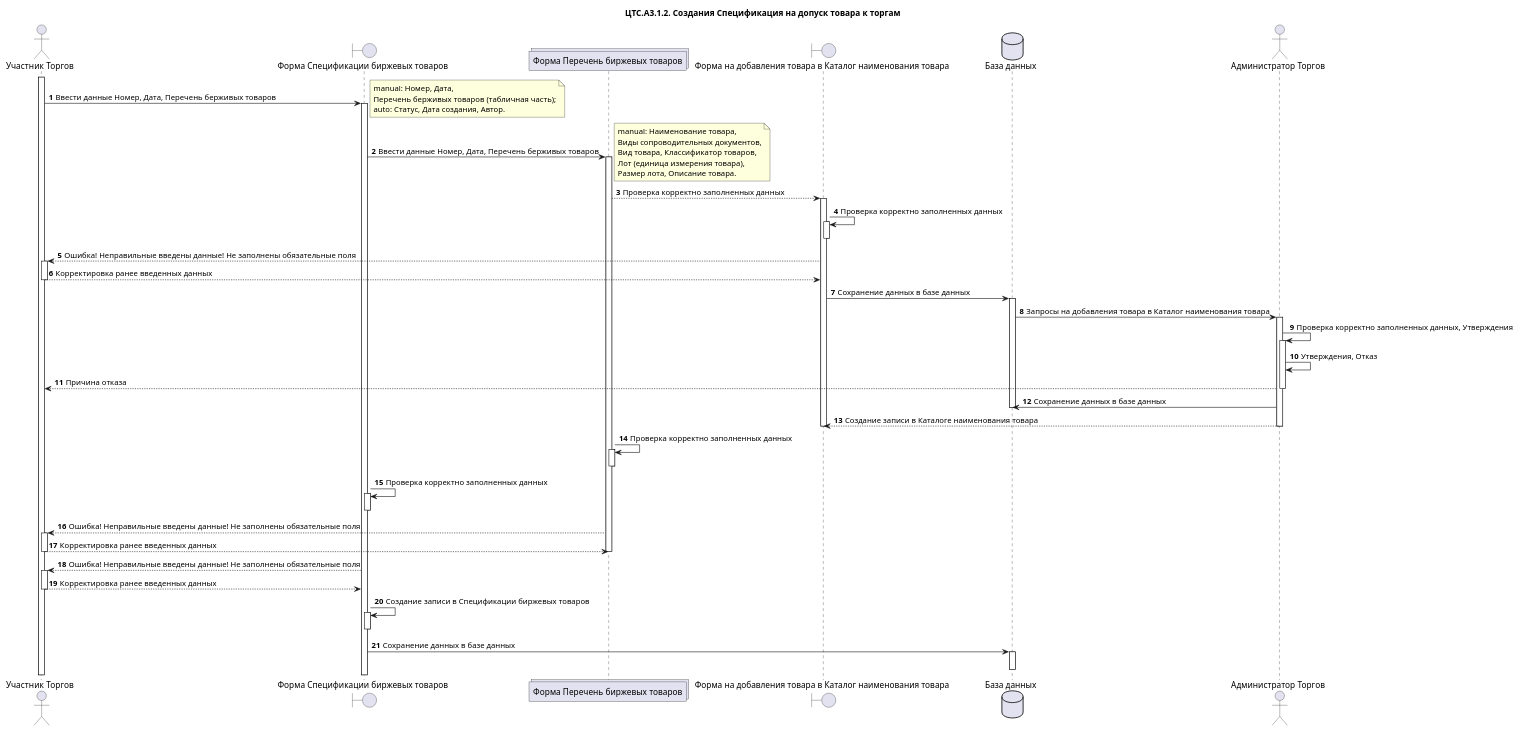
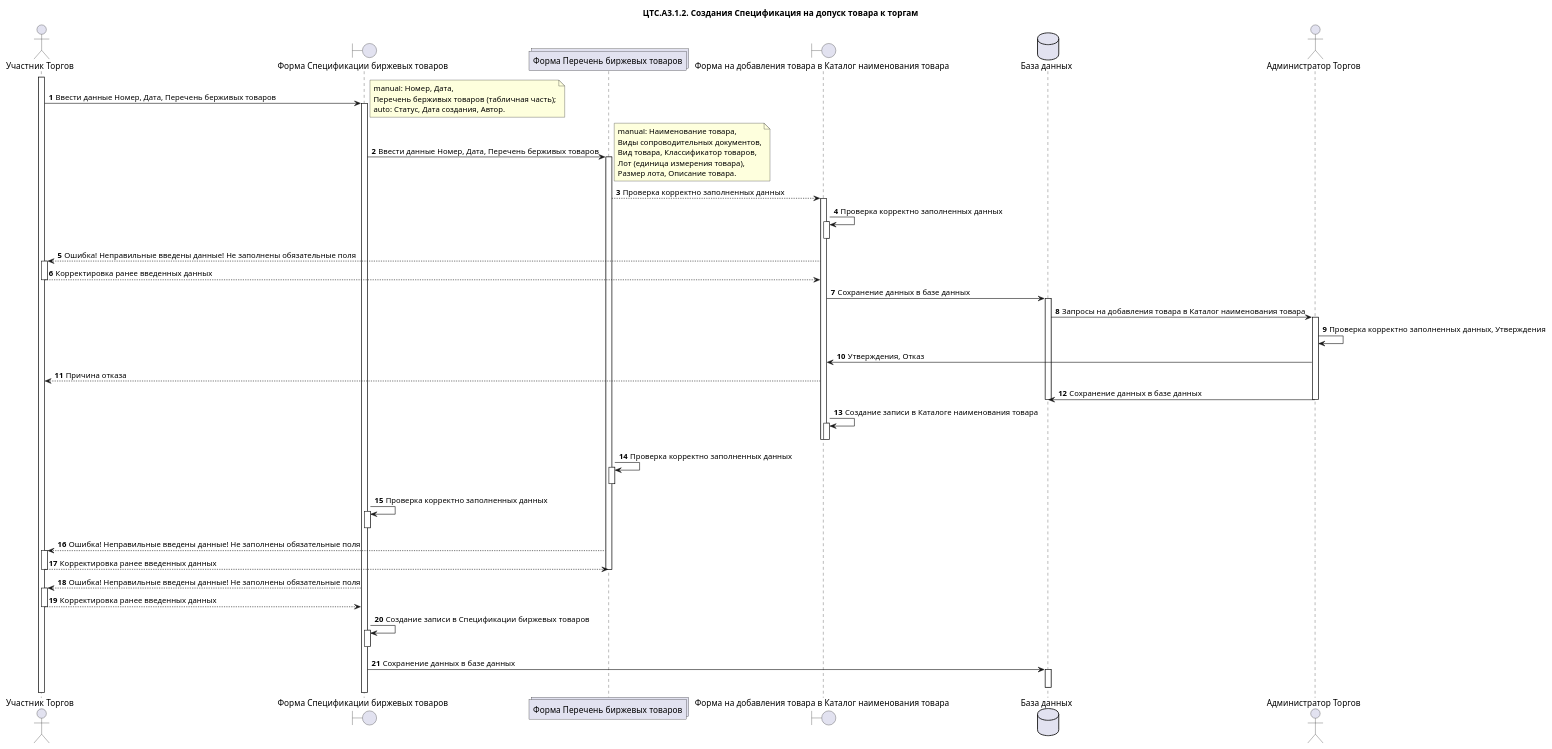
The diagram in Project solutions/ЦТС.А3.1.2.Спецификация на допуск товара к торгам.wsd (moaxmoaxpxrf4jag/CTS.Documentation), drawn with PlantUML before and after one commit. The commit also changed other lines of this file, not shown here.

```diff
--- a/Project solutions/ЦТС.А3.1.2.Спецификация на допуск товара к торгам.wsd
+++ b/Project solutions/ЦТС.А3.1.2.Спецификация на допуск товара к торгам.wsd
@@ -45,87 +44,87 @@
 @startuml "ЦТС.А3.1 Допуск товара к торгам"
 /'Название файла будет: ЦТС.<Номер схемы БП>.<Номер этапа>.<Название этапа в схеме БП>'/
 title "ЦТС.А3.1.2. Создания Спецификация на допуск товара к торгам"
 actor "Участник Торгов" as User
 boundary "Форма Спецификации биржевых товаров" as Specifications
 collections "Форма Перечень биржевых товаров" as SpecificationCommodities
 boundary "Форма на добавления товара в Каталог наименования товара" as CommoditiesNames
 database "База данных" as Database
 actor "Администратор Торгов" as User_CTS
 
 autonumber
 activate User
 User -> Specifications: Ввести данные Номер, Дата, Перечень берживых товаров
 note right
     manual: Номер, Дата,
     Перечень берживых товаров (табличная часть);
     auto: Статус, Дата создания, Автор.
 end note
 /'Форма Спецификации биржевых товаров'/
 activate Specifications
 Specifications -> SpecificationCommodities : Ввести данные Номер, Дата, Перечень берживых товаров
 note right
     manual: Наименование товара, 
     Виды сопроводительных документов,
     Вид товара, Классификатор товаров, 
     Лот (единица измерения товара),
     Размер лота, Описание товара.
 end note
 /'Перечень биржевых товаров'/
 activate SpecificationCommodities
 SpecificationCommodities --> CommoditiesNames: Проверка корректно заполненных данных
     /'Форма на добавления товара в Каталог наименования товара'/
     activate CommoditiesNames
     /'Проверка корректно заполненных данных Каталог наименования товара->Участник Торгов'/
     CommoditiesNames -> CommoditiesNames: Проверка корректно заполненных данных
     activate CommoditiesNames
     deactivate CommoditiesNames
     CommoditiesNames --> User: Ошибка! Неправильные введены данные! Не заполнены обязательные поля
     activate User
     /'Ошибка и т.д. в Каталог наименования товара->Участник Торгов'/
     User-->CommoditiesNames: Корректировка ранее введенных данных
     deactivate User 
     CommoditiesNames->Database: Сохранение данных в базе данных
     activate Database
         Database->User_CTS: Запросы на добавления товара в Каталог наименования товара 
         /'Администратор Торгов'/
         activate User_CTS
         User_CTS->User_CTS: Проверка корректно заполненных данных, Утверждения 
-        activate User_CTS
-        User_CTS->User_CTS: Утверждения, Отказ
-        User_CTS-->User: Причина отказа
+        User_CTS->CommoditiesNames: Утверждения, Отказ
+        CommoditiesNames-->User: Причина отказа
+        User_CTS->Database: Сохранение данных в базе данных
         deactivate User_CTS
-        User_CTS->Database: Сохранение данных в базе данных
         deactivate Database
-        User_CTS-->CommoditiesNames: Cоздание записи в Каталоге наименования товара
-        deactivate User_CTS
+        CommoditiesNames->CommoditiesNames: Cоздание записи в Каталоге наименования товара
+        activate CommoditiesNames
+        deactivate CommoditiesNames      
     deactivate CommoditiesNames
 /'Ошибка и т.д. в Каталог наименования товара->Спецификации биржевых товаров'/
 SpecificationCommodities -> SpecificationCommodities: Проверка корректно заполненных данных
 activate SpecificationCommodities
 deactivate SpecificationCommodities
 /'Проверка корректно заполненных данных Спецификации биржевых товаров->Участник Торгов'/
 Specifications -> Specifications: Проверка корректно заполненных данных
 activate Specifications
 deactivate Specifications
 /'Ошибка и т.д. в Перечень биржевых товаров->Участник Торгов'/
 SpecificationCommodities --> User: Ошибка! Неправильные введены данные! Не заполнены обязательные поля
 activate User
 /'Корректировка ранее введенных данных Участник Торгов->Спецификации биржевых товаров'/
 User-->SpecificationCommodities: Корректировка ранее введенных данных
 deactivate User
 deactivate SpecificationCommodities
 /'Ошибка и т.д. в Спецификации биржевых товаров->Участник Торгов'/
 Specifications --> User: Ошибка! Неправильные введены данные! Не заполнены обязательные поля
 activate User
 /'Корректировка ранее введенных данных Участник Торгов->Спецификации биржевых товаров'/
 User-->Specifications: Корректировка ранее введенных данных
 deactivate User
 /'Cоздание записи в Спецификации биржевых товаров'/
 Specifications->Specifications: Cоздание записи в Спецификации биржевых товаров
 activate Specifications
 deactivate Specifications
 /'Сохранение данных в базе данных'/
 Specifications ->Database: Сохранение данных в базе данных
 activate Database
 deactivate Database
 @enduml
```
